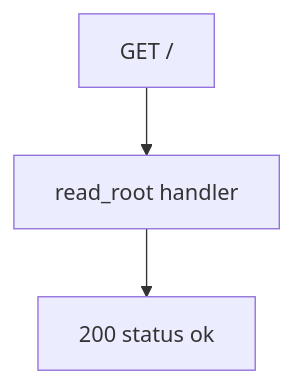
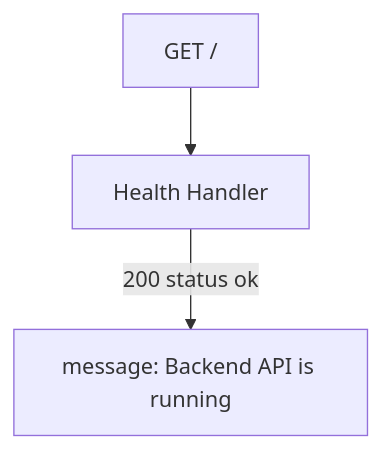
Before and after one commit to thedataengineer/client_demo: the fourth of 7 diagrams in kce_demo_rebuild-functional-spec.md, drawn with Mermaid. The commit also changed other lines of this file and 7 other files, not shown here.

````diff
--- a/kce_demo_rebuild-functional-spec.md
+++ b/kce_demo_rebuild-functional-spec.md
@@ -243,5 +289,5 @@
 ```mermaid
 graph TD
-  PROBE[GET /] --> H[read_root handler]
-  H --> OK[200 status ok]
+  Probe[GET /] --> H[Health Handler]
+  H -->|200 status ok| Resp[message: Backend API is running]
 ```
````
